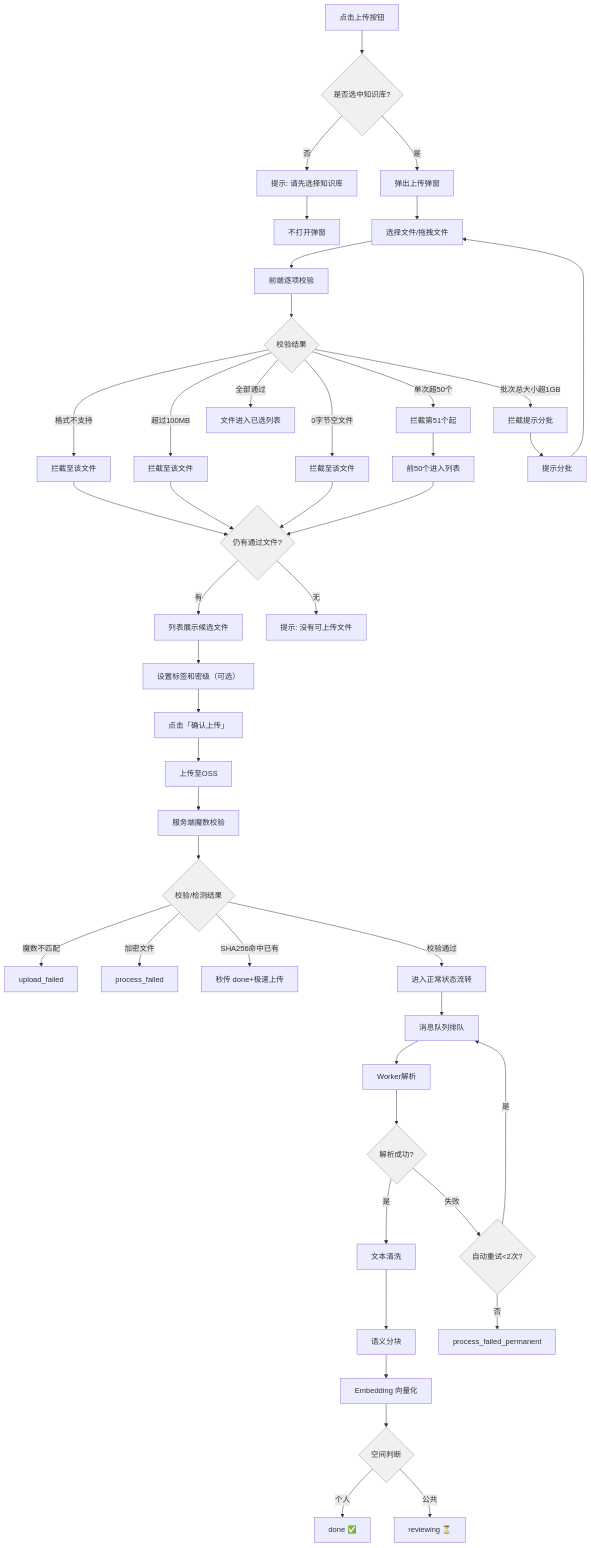
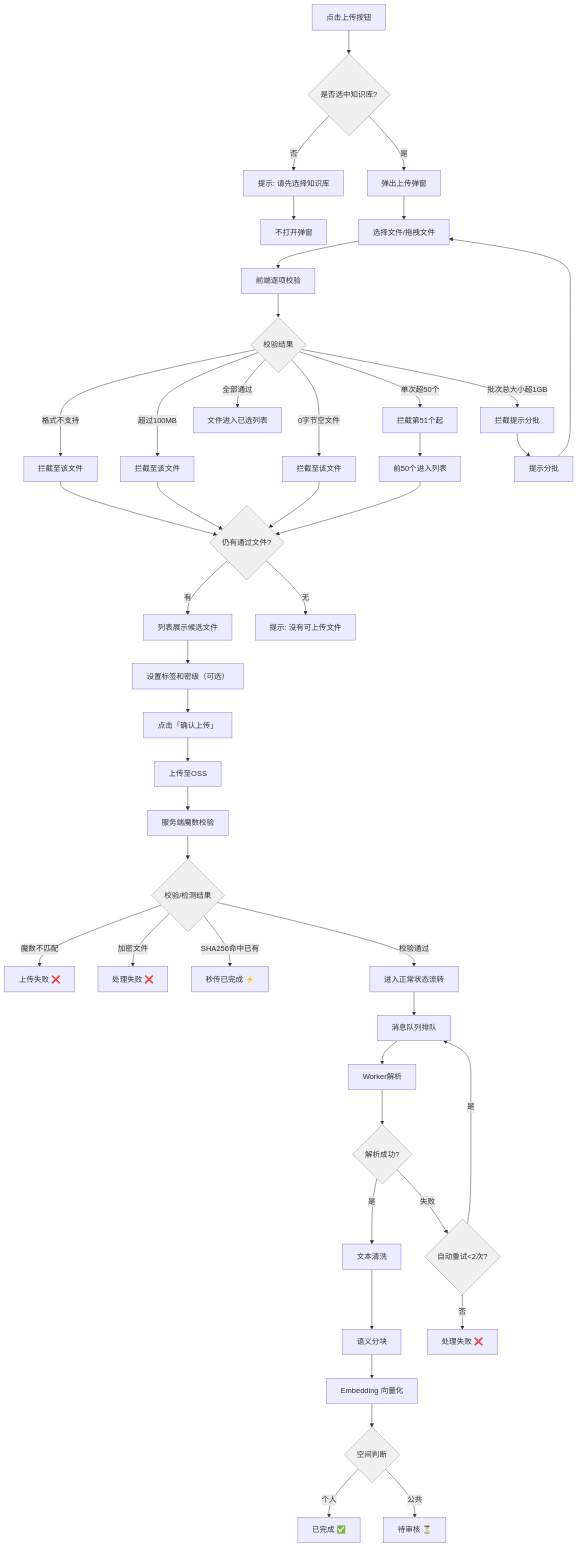
The eighth of 15 diagrams in docs/需求文档/20260704-【PRD】AI工作台-知识中心-天马智擎项目.md (fri555/PORTL), drawn with Mermaid before and after one commit. The commit also changed other lines of this file and 2 other files, not shown here.

````diff
--- a/docs/需求文档/20260704-【PRD】AI工作台-知识中心-天马智擎项目.md
+++ b/docs/需求文档/20260704-【PRD】AI工作台-知识中心-天马智擎项目.md
@@ -835,60 +840,60 @@
 ```mermaid
 flowchart TD
     A["点击上传按钮"] --> B{"是否选中知识库?"}
     B -->|"否"| C["提示: 请先选择知识库"]
     C --> D["不打开弹窗"]
     B -->|"是"| E["弹出上传弹窗"]
 
     E --> F["选择文件/拖拽文件"]
     F --> G["前端逐项校验"]
     G --> H{"校验结果"}
 
     H -->|"格式不支持"| I["拦截至该文件"]
     H -->|"超过100MB"| J["拦截至该文件"]
     H -->|"0字节空文件"| K["拦截至该文件"]
     H -->|"单次超50个"| L["拦截第51个起"]
     H -->|"批次总大小超1GB"| M["拦截提示分批"]
     H -->|"全部通过"| N["文件进入已选列表"]
 
     I --> O{"仍有通过文件?"}
     J --> O
     K --> O
     L --> P["前50个进入列表"]
     P --> O
     M --> Q["提示分批"]
     Q --> F
     O -->|"有"| R["列表展示候选文件"]
     O -->|"无"| S["提示: 没有可上传文件"]
 
     R --> T["设置标签和密级（可选）"]
     T --> U["点击「确认上传」"]
     U --> V["上传至OSS"]
     V --> W["服务端魔数校验"]
     W --> X{"校验/检测结果"}
 
-    X -->|"魔数不匹配"| Y["upload_failed"]
-    X -->|"加密文件"| Z["process_failed"]
-    X -->|"SHA256命中已有"| AA["秒传 done+极速上传"]
+    X -->|"魔数不匹配"| Y["上传失败 ❌"]
+    X -->|"加密文件"| Z["处理失败 ❌"]
+    X -->|"SHA256命中已有"| AA["秒传已完成 ⚡"]
     X -->|"校验通过"| AB["进入正常状态流转"]
 
     AB --> AC["消息队列排队"]
     AC --> AD["Worker解析"]
     AD --> AE{"解析成功?"}
     AE -->|"是"| AF["文本清洗"]
     AF --> AG["语义分块"]
     AG --> AH["Embedding 向量化"]
     AH --> AI{"空间判断"}
-    AI -->|"个人"| AJ["done ✅"]
-    AI -->|"公共"| AK["reviewing ⏳"]
+    AI -->|"个人"| AJ["已完成 ✅"]
+    AI -->|"公共"| AK["待审核 ⏳"]
     AE -->|"失败"| AL{"自动重试<2次?"}
     AL -->|"是"| AC
-    AL -->|"否"| AM["process_failed_permanent"]
+    AL -->|"否"| AM["处理失败 ❌"]
 
     style B fill:#f0f0f0,stroke:#999
     style H fill:#f0f0f0,stroke:#999
     style O fill:#f0f0f0,stroke:#999
     style X fill:#f0f0f0,stroke:#999
     style AE fill:#f0f0f0,stroke:#999
     style AI fill:#f0f0f0,stroke:#999
     style AL fill:#f0f0f0,stroke:#999
 ```
````
